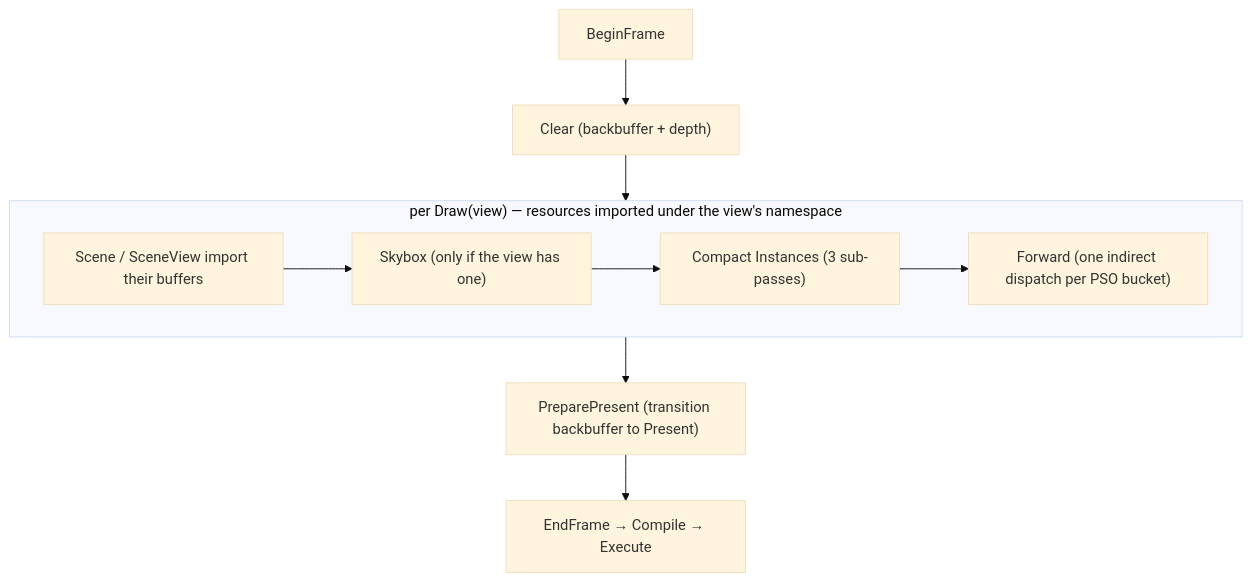
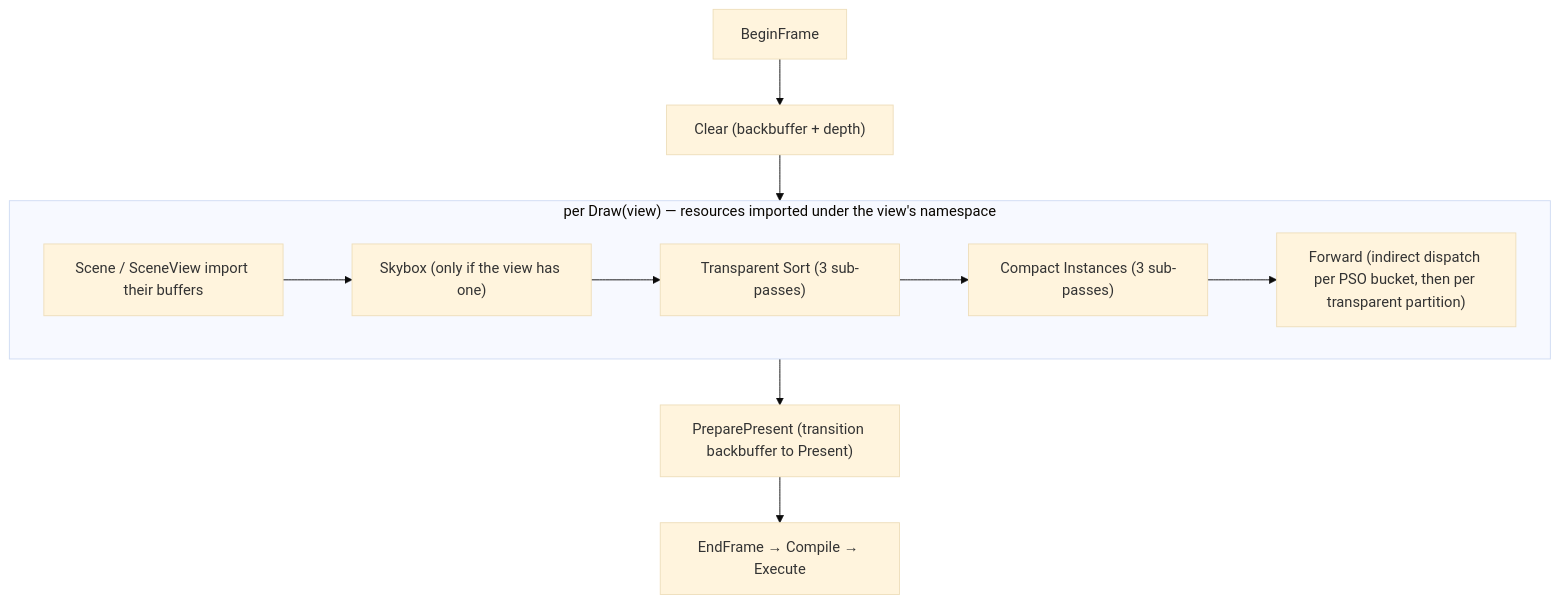
Before and after one commit to alexjiang200407/bernini: the diagram in docs/passes.md, drawn with Mermaid (base theme). The commit also changed other lines of this file and 2 other files, not shown here.

First line of the commit message:
docs(bgl): document the GPU transparent sort

````diff
--- a/docs/passes.md
+++ b/docs/passes.md
@@ -23,12 +23,13 @@
 ```mermaid
 flowchart TD
     BF["BeginFrame"] --> CLR["Clear (backbuffer + depth)"]
     CLR --> D["per Draw(view)"]
     subgraph D["per Draw(view) — resources imported under the view's namespace"]
         IMP["Scene / SceneView import their buffers"] --> SKY["Skybox (only if the view has one)"]
-        SKY --> CI["Compact Instances (3 sub-passes)"]
-        CI --> FWD["Forward (one indirect dispatch per PSO bucket)"]
+        SKY --> TS["Transparent Sort (3 sub-passes)"]
+        TS --> CI["Compact Instances (3 sub-passes)"]
+        CI --> FWD["Forward (indirect dispatch per PSO bucket, then per transparent partition)"]
     end
     D --> PP["PreparePresent (transition backbuffer to Present)"]
     PP --> EF["EndFrame → Compile → Execute"]
 ```
````
